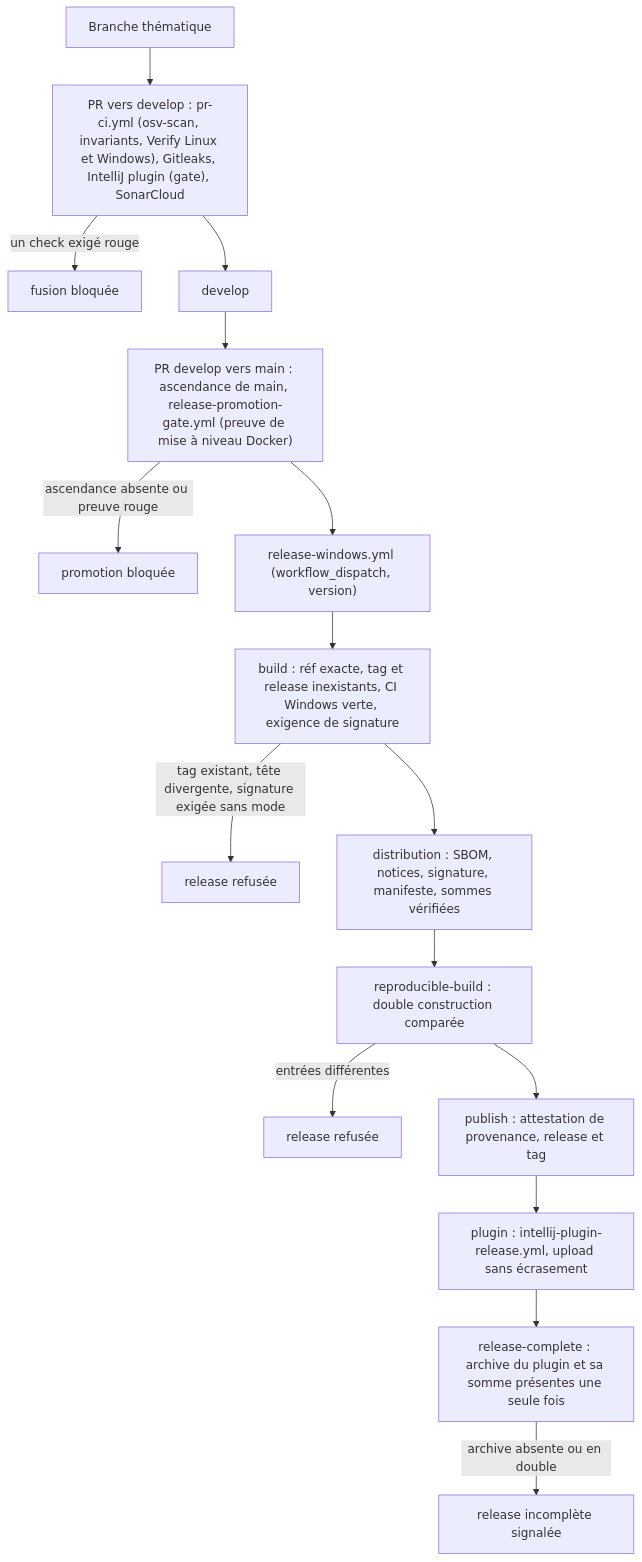
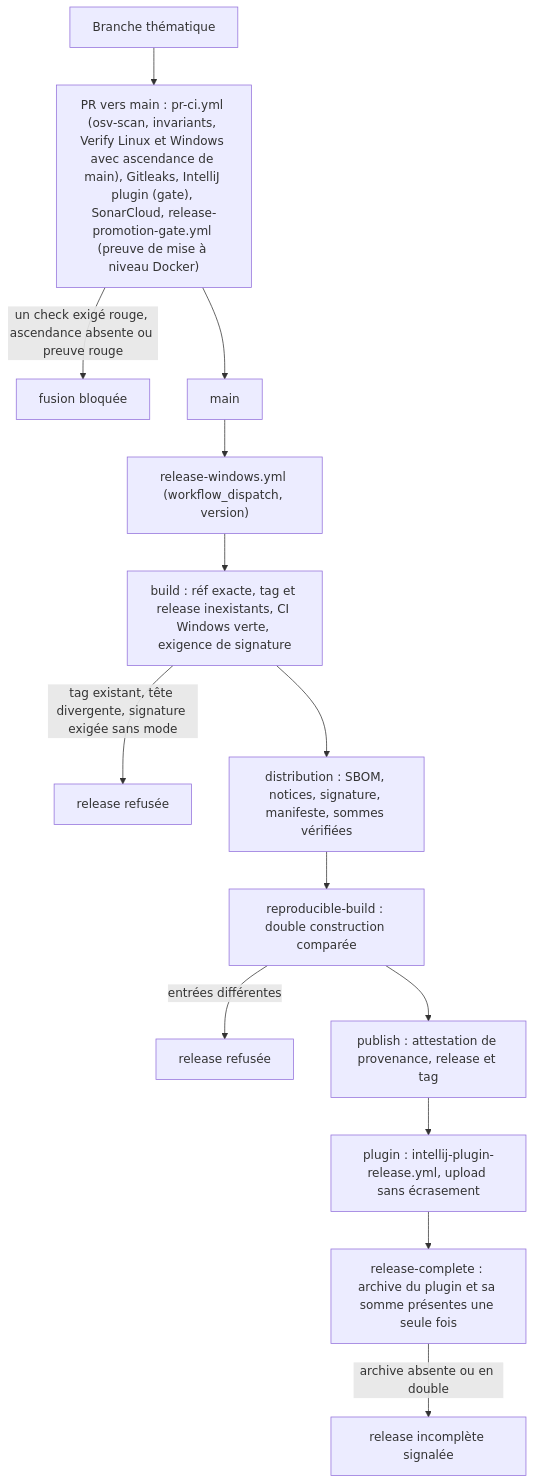
The diagram in docs/architecture/diagrams/capacites/chaine-de-livraison.md (FTurleque/minos-code-intelligence), drawn with Mermaid before and after one commit. The commit also changed other lines of this file and 9 other files, not shown here.

First line of the commit message:
docs(gouvernance): solder le retrait de la branche develop

````diff
--- a/docs/architecture/diagrams/capacites/chaine-de-livraison.md
+++ b/docs/architecture/diagrams/capacites/chaine-de-livraison.md
@@ -23,18 +23,16 @@
 ```mermaid
 flowchart TD
-  A["Branche thématique"] --> B["PR vers develop : pr-ci.yml (osv-scan, invariants, Verify Linux et Windows), Gitleaks, IntelliJ plugin (gate), SonarCloud"]
-  B -->|"un check exigé rouge"| R1["fusion bloquée"]
-  B --> C["develop"]
-  C --> D["PR develop vers main : ascendance de main, release-promotion-gate.yml (preuve de mise à niveau Docker)"]
-  D -->|"ascendance absente ou preuve rouge"| R2["promotion bloquée"]
-  D --> E["release-windows.yml (workflow_dispatch, version)"]
+  A["Branche thématique"] --> B["PR vers main : pr-ci.yml (osv-scan, invariants, Verify Linux et Windows avec ascendance de main), Gitleaks, IntelliJ plugin (gate), SonarCloud, release-promotion-gate.yml (preuve de mise à niveau Docker)"]
+  B -->|"un check exigé rouge, ascendance absente ou preuve rouge"| R1["fusion bloquée"]
+  B --> C["main"]
+  C --> E["release-windows.yml (workflow_dispatch, version)"]
   E --> F["build : réf exacte, tag et release inexistants, CI Windows verte, exigence de signature"]
   F -->|"tag existant, tête divergente, signature exigée sans mode"| R3["release refusée"]
   F --> G["distribution : SBOM, notices, signature, manifeste, sommes vérifiées"]
   G --> H["reproducible-build : double construction comparée"]
   H -->|"entrées différentes"| R4["release refusée"]
   H --> I["publish : attestation de provenance, release et tag"]
   I --> J["plugin : intellij-plugin-release.yml, upload sans écrasement"]
   J --> K["release-complete : archive du plugin et sa somme présentes une seule fois"]
   K -->|"archive absente ou en double"| R5["release incomplète signalée"]
 ```
````
